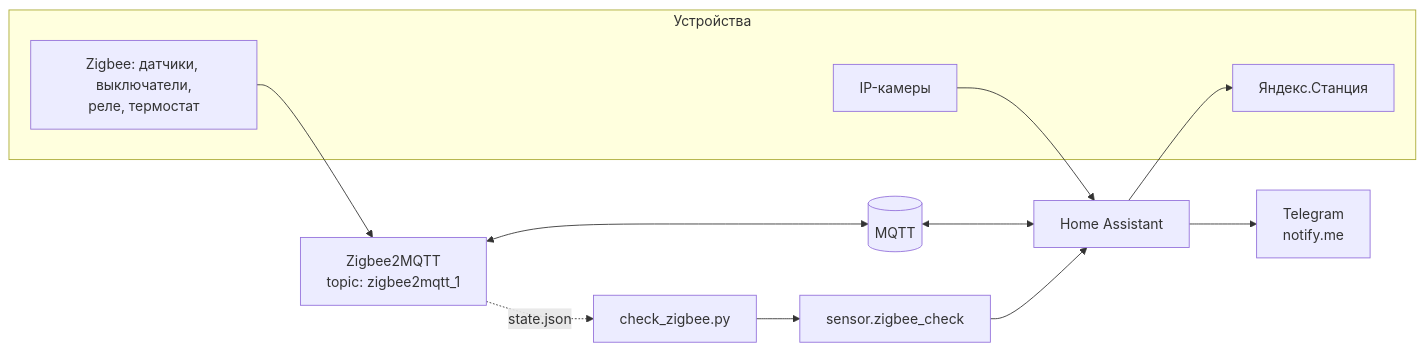
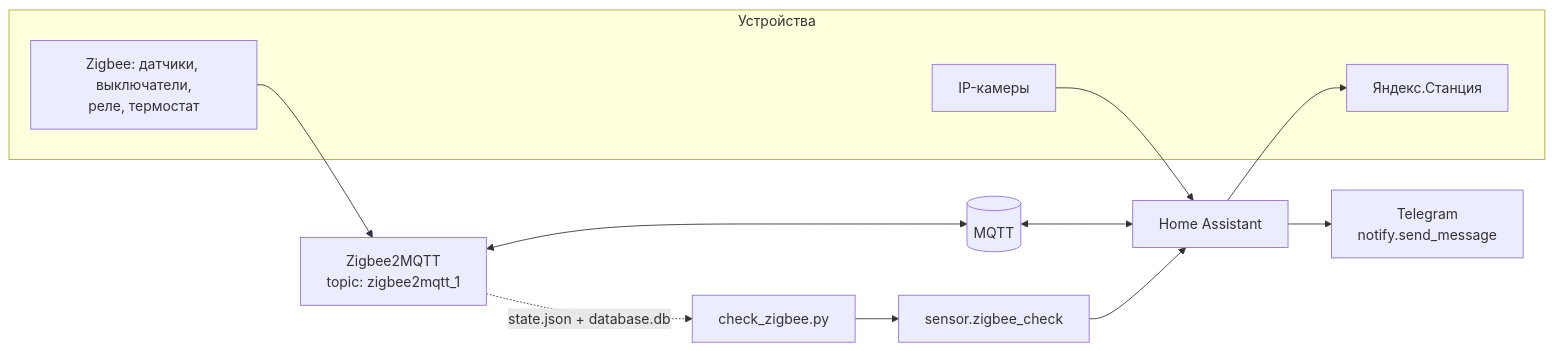
Before and after one commit to alexkolm/home-assistant-apart: the diagram in README.md, drawn with Mermaid. The commit also changed other lines of this file and 5 other files, not shown here.

````diff
--- a/README.md
+++ b/README.md
@@ -18,20 +18,20 @@
 ```mermaid
 flowchart LR
     subgraph Devices["Устройства"]
         Z["Zigbee: датчики, выключатели,<br/>реле, термостат"]
         C["IP-камеры"]
         Y["Яндекс.Станция"]
     end
 
     Z --> Z2M["Zigbee2MQTT<br/>topic: zigbee2mqtt_1"]
     Z2M <--> MQTT[("MQTT")]
     MQTT <--> HA["Home Assistant"]
     C --> HA
     HA --> Y
 
-    Z2M -.->|"state.json"| CHK["check_zigbee.py"]
+    Z2M -.->|"state.json + database.db"| CHK["check_zigbee.py"]
     CHK --> S["sensor.zigbee_check"]
     S --> HA
 
-    HA --> TG["Telegram<br/>notify.me"]
+    HA --> TG["Telegram<br/>notify.send_message"]
 ```
````
